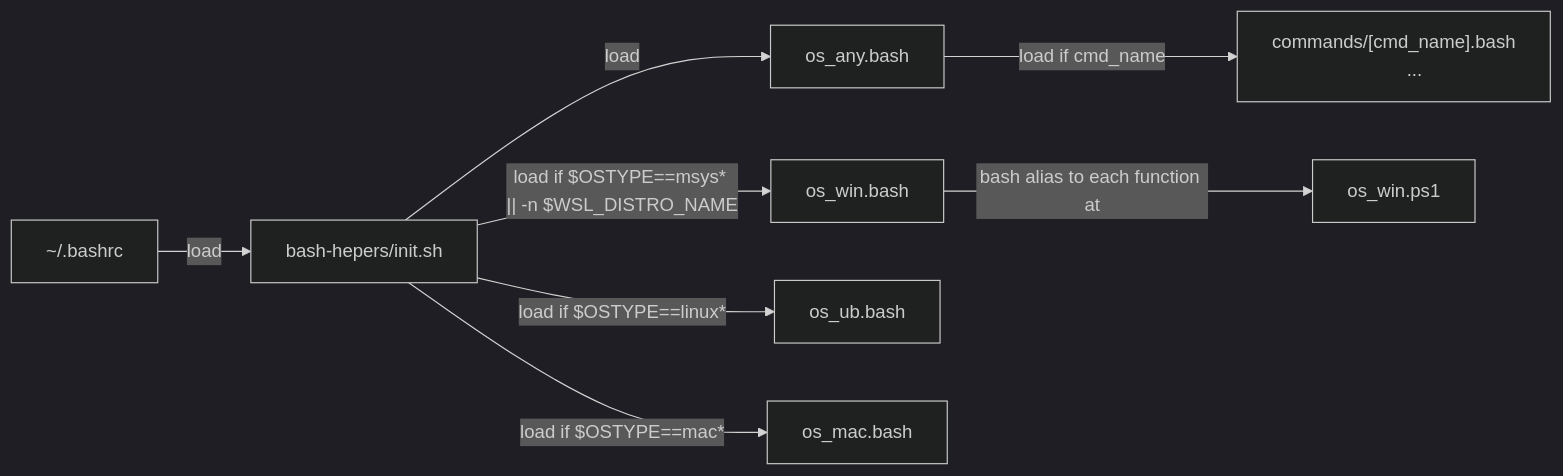
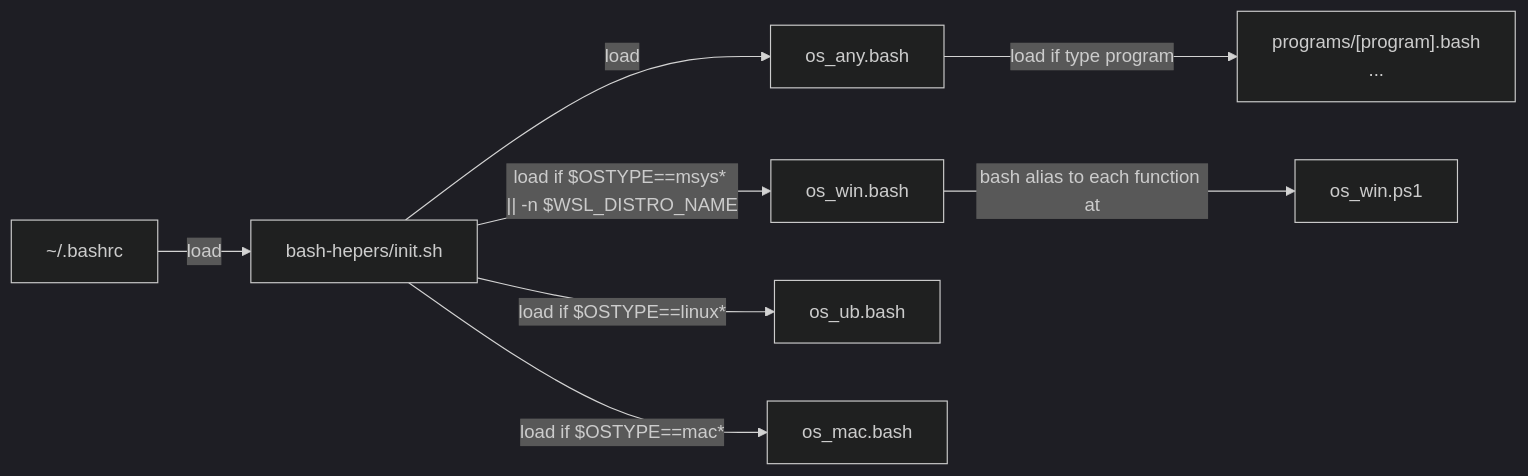
The diagram in README.md (alanlivio/ps-sh-helpers), drawn with Mermaid before and after one commit. The commit also changed other lines of this file and 15 other files, not shown here.

````diff
--- a/README.md
+++ b/README.md
@@ -8,22 +8,22 @@
 ```mermaid
 %%{init: {'theme':'dark'}}%%
 flowchart LR
     bashrc["~/.bashrc"]
     init["bash-hepers/init.sh"]
     anyos["os_any.bash"]
     oswinps1["os_win.ps1"]
-    command-dependent["
-        commands/[cmd_name].bash
+    program-dependent["
+        programs/[program].bash
         ...
     "]
     win["os_win.bash"]
     ubu["os_ub.bash"]
     mac["os_mac.bash"]
     bashrc --> |"load"| init
     init --> |"load"| anyos
-    anyos --> |"load if cmd_name"| command-dependent
+    anyos --> |"load if type program"| program-dependent
     win --> |"bash alias to each function at"| oswinps1
     init --> |"load if $OSTYPE==msys* || -n $WSL_DISTRO_NAME"| win
     init --> |"load if $OSTYPE==linux*"| ubu
     init --> |"load if $OSTYPE==mac*"| mac
 ```
````
